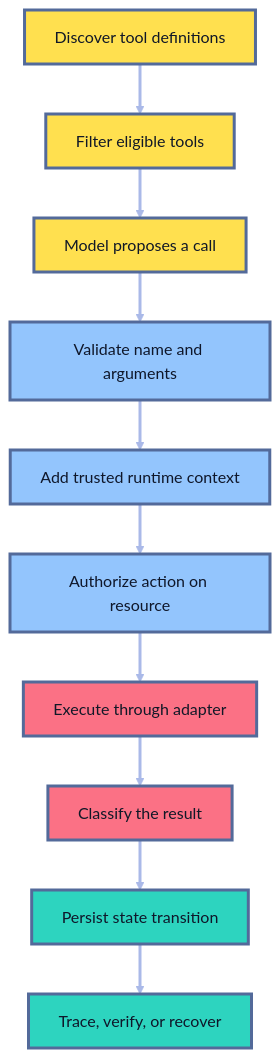
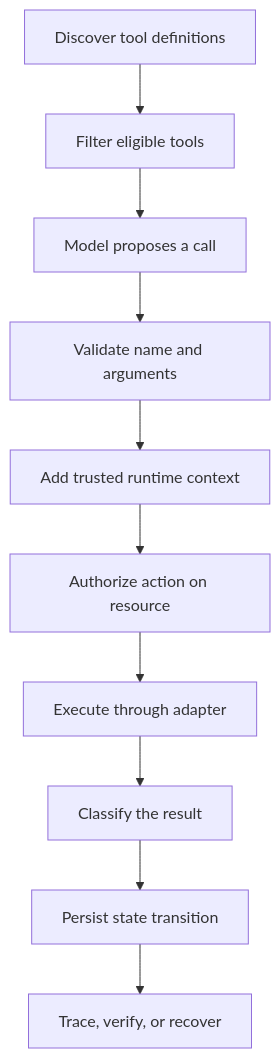
The second of 4 diagrams in roadmaps/mlops/modules/llmops/harness-engineering/02-tool-runtime-design.md (senlinyy/dev-roadmaps), drawn with Mermaid before and after one commit. The commit also changed other lines of this file and 152 other files, not shown here.

Commit message:
feat: mlops and diagrams updated

````diff
--- a/roadmaps/mlops/modules/llmops/harness-engineering/02-tool-runtime-design.md
+++ b/roadmaps/mlops/modules/llmops/harness-engineering/02-tool-runtime-design.md
@@ -100,22 +100,17 @@
 ```mermaid
 flowchart TD
     A["Discover tool definitions"] --> B["Filter eligible tools"]
     B --> C["Model proposes a call"]
     C --> D["Validate name and arguments"]
     D --> E["Add trusted runtime context"]
     E --> F["Authorize action on resource"]
     F --> G["Execute through adapter"]
     G --> H["Classify the result"]
     H --> I["Persist state transition"]
     I --> J["Trace, verify, or recover"]
 
-    classDef choice fill:#FFE04F,stroke:#536A9A,stroke-width:3px,color:#111827
-    classDef control fill:#93C5FD,stroke:#536A9A,stroke-width:3px,color:#0F172A
-    classDef effect fill:#FB7185,stroke:#536A9A,stroke-width:3px,color:#111827
-    classDef evidence fill:#2DD4BF,stroke:#536A9A,stroke-width:3px,color:#0F172A
     class A,B,C choice
     class D,E,F control
     class G,H effect
     class I,J evidence
-    linkStyle default stroke:#AAB9E8,stroke-width:3px
 ```
````
